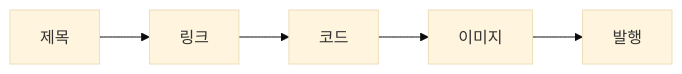
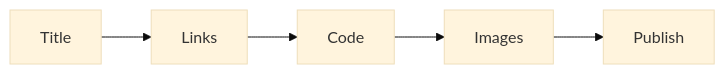
The diagram in content/technical-writing-101/ko/10-pre-publish-checklist.md (yeongseon-books/book-content), drawn with Mermaid (base theme) before and after one commit. The commit also changed other lines of this file and 9 other files, not shown here.

````diff
--- a/content/technical-writing-101/ko/10-pre-publish-checklist.md
+++ b/content/technical-writing-101/ko/10-pre-publish-checklist.md
@@ -48,7 +50,7 @@
 ```mermaid
 flowchart LR
-    T[제목] --> L[링크]
-    L --> C[코드]
-    C --> I[이미지]
-    I --> P[발행]
+    T[Title] --> L[Links]
+    L --> C[Code]
+    C --> I[Images]
+    I --> P[Publish]
 ```
````
